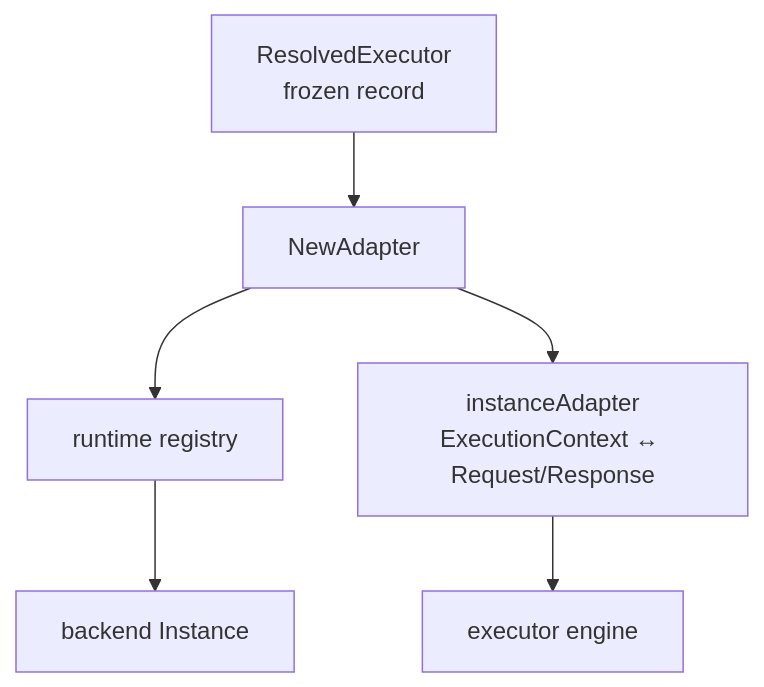
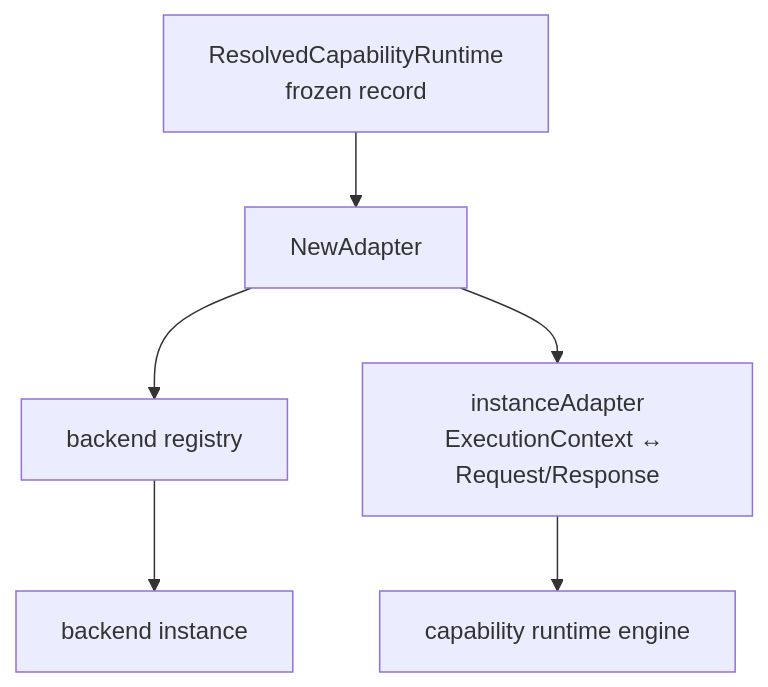
The fourth of 4 diagrams in docs/RUNTIME.md (neuron-runtime/neuron), drawn with Mermaid before and after one commit. The commit also changed other lines of this file and 119 other files, not shown here.

````diff
--- a/docs/RUNTIME.md
+++ b/docs/RUNTIME.md
@@ -169,8 +169,8 @@
 ```mermaid
 flowchart TB
-    A[ResolvedExecutor<br/>frozen record] --> B[NewAdapter]
-    B --> C[runtime registry]
-    C --> D[backend Instance]
+    A[ResolvedCapabilityRuntime<br/>frozen record] --> B[NewAdapter]
+    B --> C[backend registry]
+    C --> D[backend instance]
     B --> E[instanceAdapter<br/>ExecutionContext ↔ Request/Response]
-    E --> F[executor engine]
+    E --> F[capability runtime engine]
 ```
````
